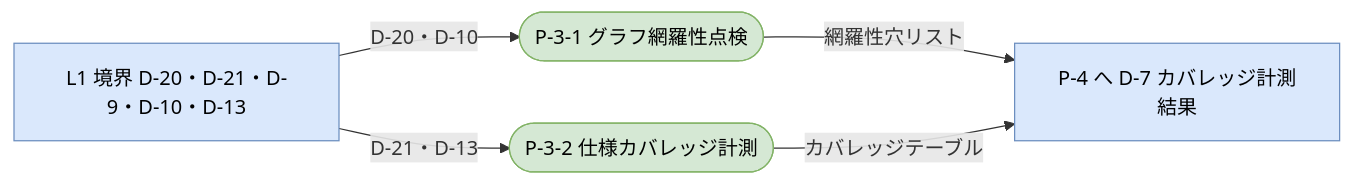
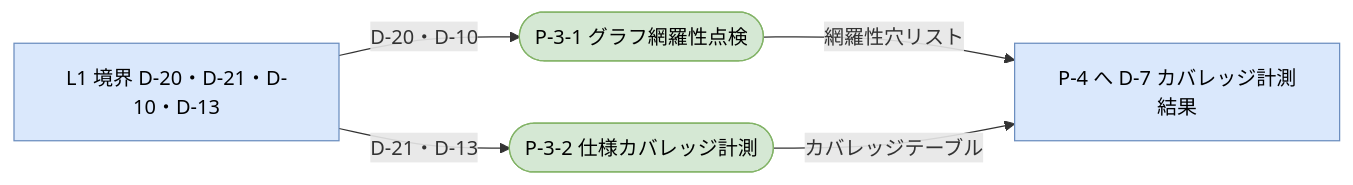
Diagram 11 of 15 in doc-system/03-analysis/00-dfd.md (hiratashinnya/review-system), drawn with Mermaid before and after one commit. The commit also changed other lines of this file, not shown here.

Commit message:
analysis: DFD G14修正 — D-9→P-3の旧発火制御配線を除去(L1図・P-3境界・フロー表)・台帳と一貫化

````diff
--- a/doc-system/03-analysis/00-dfd.md
+++ b/doc-system/03-analysis/00-dfd.md
@@ -319,14 +318,14 @@
 ```mermaid
 flowchart LR
   classDef l1ext fill:#dae8fc,stroke:#6c8ebf,color:#000
   classDef proc  fill:#d5e8d4,stroke:#82b366,color:#000
 
-  B["L1 境界 D-20・D-21・D-9・D-10・D-13"]:::l1ext
+  B["L1 境界 D-20・D-21・D-10・D-13"]:::l1ext
   LP4["P-4 へ D-7 カバレッジ計測結果"]:::l1ext
 
   P31(["P-3-1 グラフ網羅性点検"]):::proc
   P32(["P-3-2 仕様カバレッジ計測"]):::proc
 
   B -->|"D-20・D-10"| P31 -->|"網羅性穴リスト"| LP4
   B -->|"D-21・D-13"| P32 -->|"カバレッジテーブル"| LP4
 ```
````
